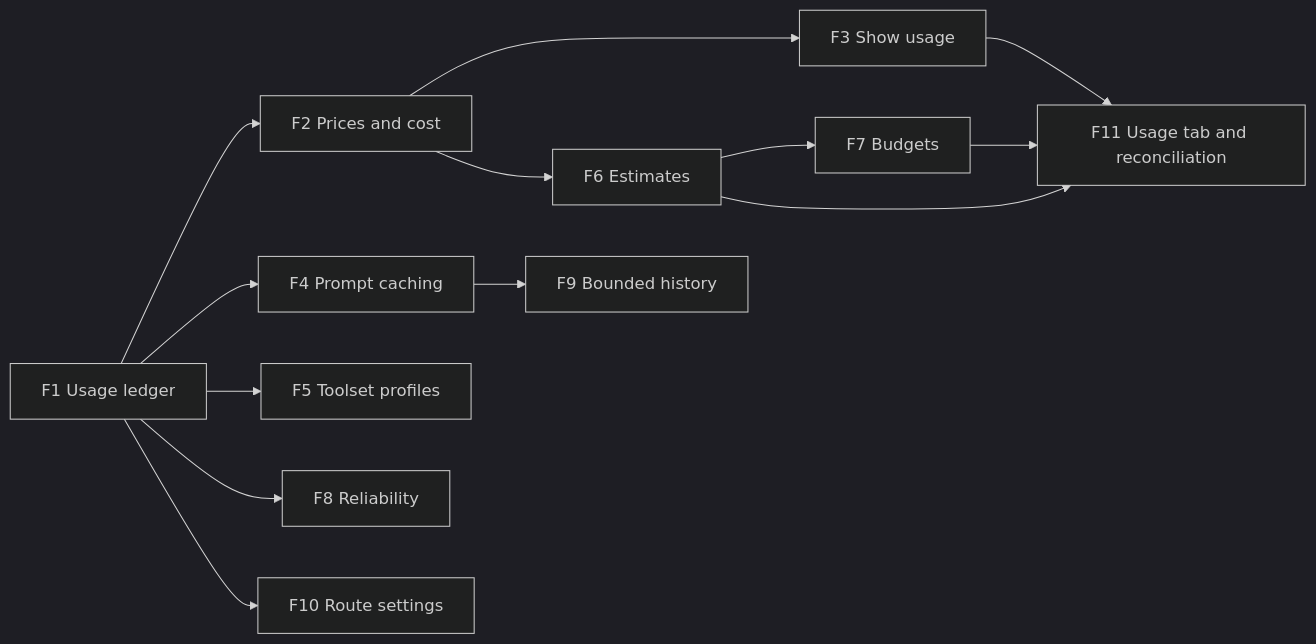
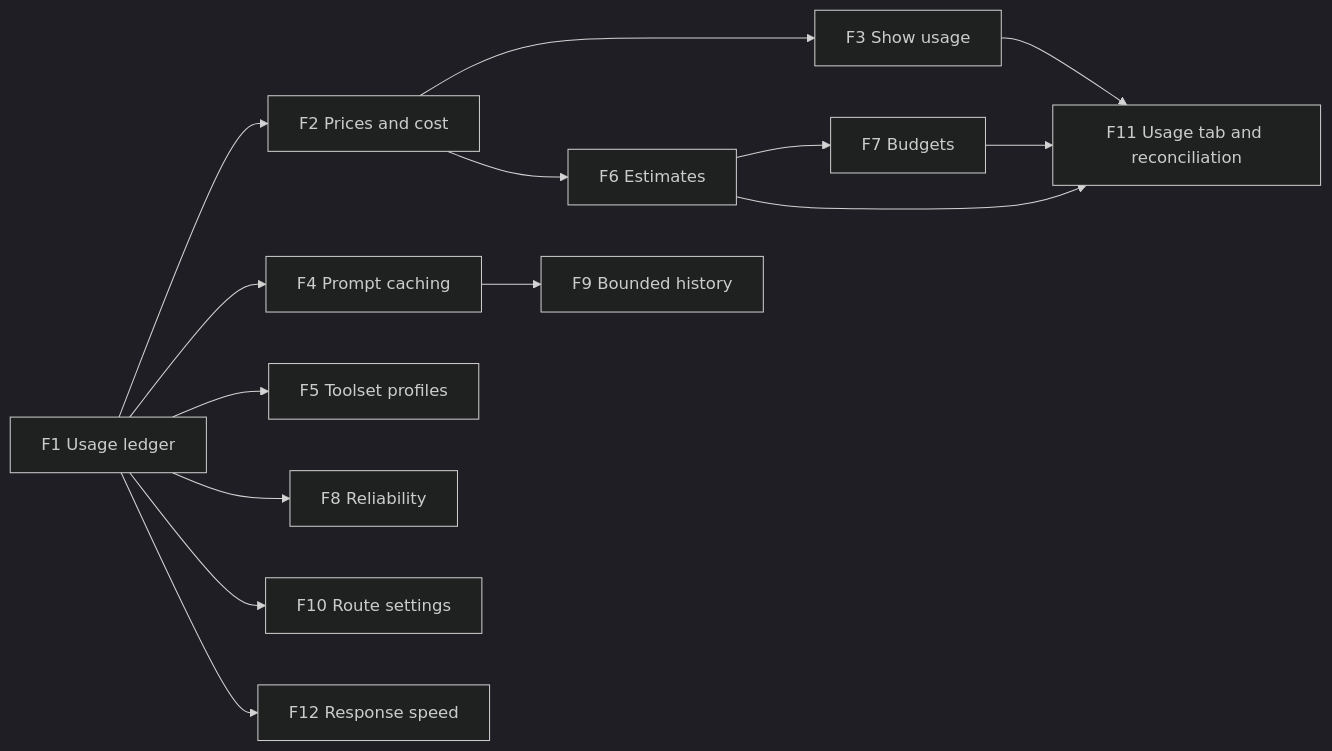
The diagram in docs/features/README.md (bosbevk/louis-agent), drawn with Mermaid (dark theme) before and after one commit. The commit also changed other lines of this file and 4 other files, not shown here.

First line of the commit message:
docs: plan F12 response speed

````diff
--- a/docs/features/README.md
+++ b/docs/features/README.md
@@ -41,15 +42,16 @@
 ```mermaid
 flowchart LR
     F1[F1 Usage ledger] --> F2[F2 Prices and cost]
     F1 --> F4[F4 Prompt caching]
     F1 --> F5[F5 Toolset profiles]
     F1 --> F8[F8 Reliability]
     F1 --> F10[F10 Route settings]
     F2 --> F3[F3 Show usage]
     F2 --> F6[F6 Estimates]
     F6 --> F7[F7 Budgets]
     F4 --> F9[F9 Bounded history]
     F3 --> F11[F11 Usage tab and reconciliation]
     F6 --> F11
     F7 --> F11
+    F1 --> F12[F12 Response speed]
 ```
````
